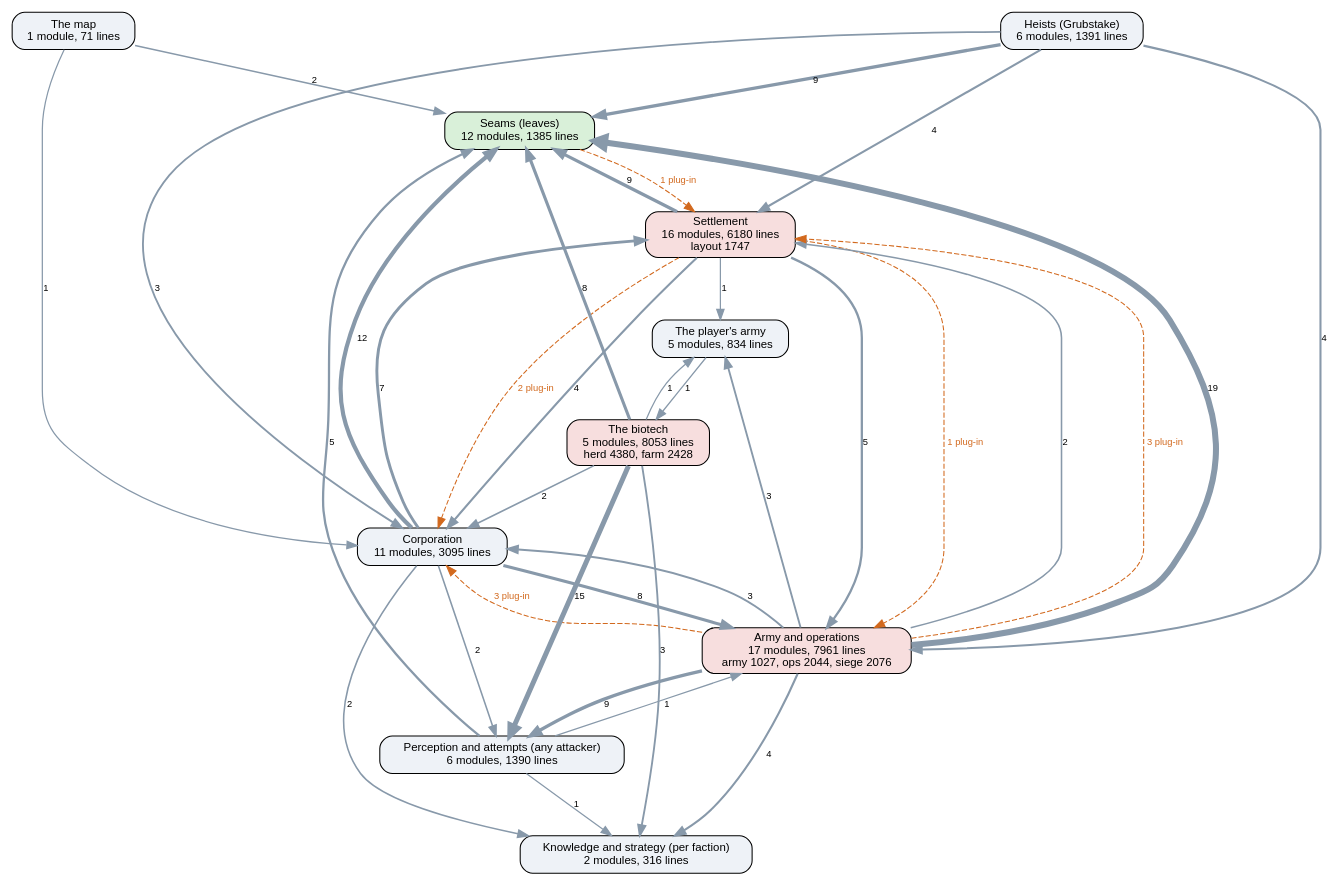
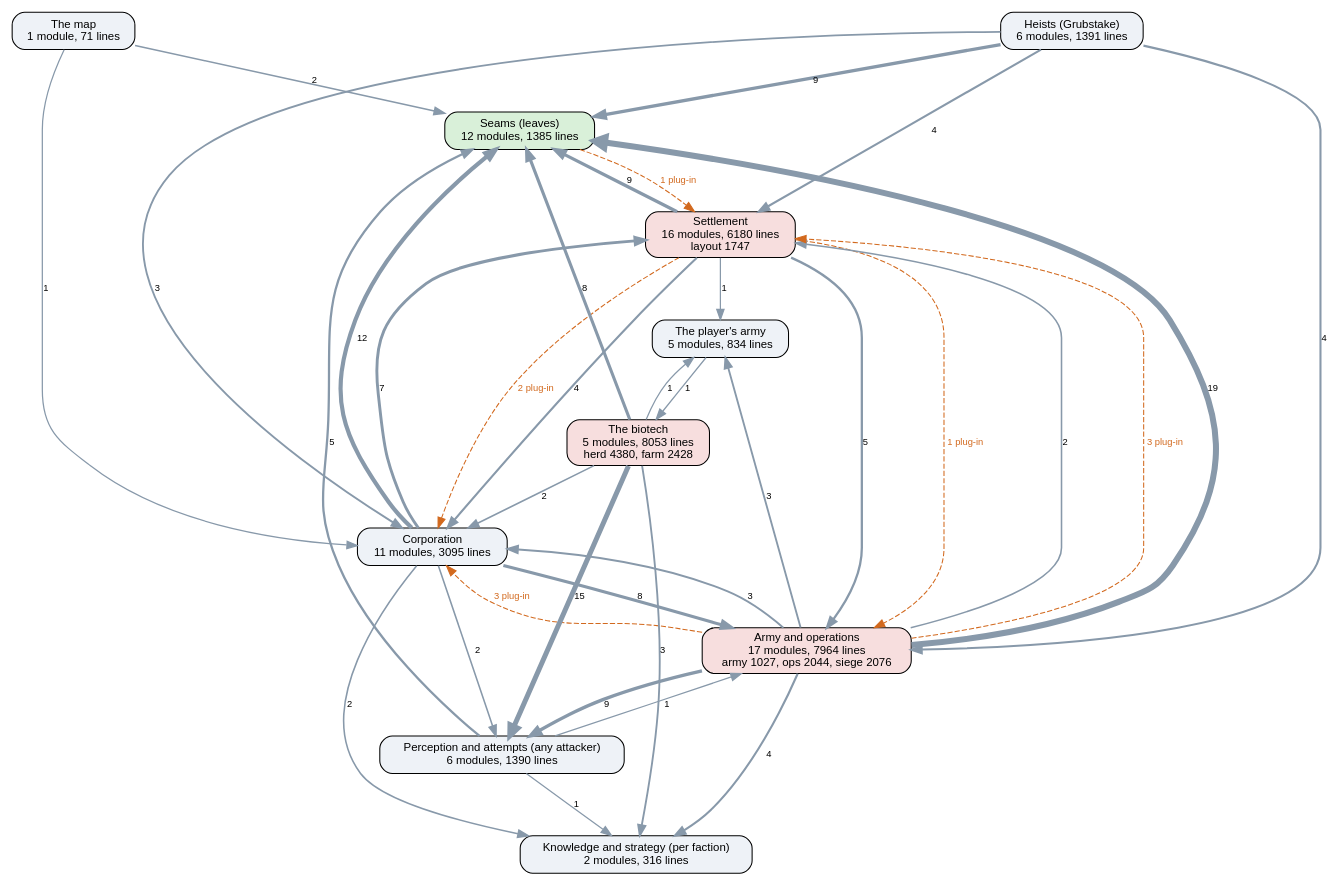
Before and after one commit to kinelhu/landing-party: the diagram in docs/ai-layers.dot, drawn with Graphviz. The commit also changed 12 other files, not shown here.

```diff
--- a/docs/ai-layers.dot
+++ b/docs/ai-layers.dot
@@ -1,50 +1,50 @@
 digraph layers {
   graph [rankdir=TB, fontname="Helvetica", nodesep=0.5, ranksep=0.7];
   node [shape=box, style="rounded,filled", fontname="Helvetica", fontsize=11, fillcolor="#eef2f7"];
   edge [color="#8899aa", fontname="Helvetica", fontsize=9];
   "Seams (leaves)" [label="Seams (leaves)\n12 modules, 1385 lines", fillcolor="#d9f0d9"];
   "Perception and attempts (any attacker)" [label="Perception and attempts (any attacker)\n6 modules, 1390 lines", fillcolor="#eef2f7"];
   "Knowledge and strategy (per faction)" [label="Knowledge and strategy (per faction)\n2 modules, 316 lines", fillcolor="#eef2f7"];
   "Corporation" [label="Corporation\n11 modules, 3095 lines", fillcolor="#eef2f7"];
   "Settlement" [label="Settlement\n16 modules, 6180 lines\nlayout 1747", fillcolor="#f7dede"];
-  "Army and operations" [label="Army and operations\n17 modules, 7961 lines\narmy 1027, ops 2044, siege 2076", fillcolor="#f7dede"];
+  "Army and operations" [label="Army and operations\n17 modules, 7964 lines\narmy 1027, ops 2044, siege 2076", fillcolor="#f7dede"];
   "Heists (Grubstake)" [label="Heists (Grubstake)\n6 modules, 1391 lines", fillcolor="#eef2f7"];
   "The biotech" [label="The biotech\n5 modules, 8053 lines\nherd 4380, farm 2428", fillcolor="#f7dede"];
   "The map" [label="The map\n1 module, 71 lines", fillcolor="#eef2f7"];
   "The player's army" [label="The player's army\n5 modules, 834 lines", fillcolor="#eef2f7"];
   "Army and operations" -> "Corporation" [label="3", penwidth=1.8];
   "Army and operations" -> "Knowledge and strategy (per faction)" [label="4", penwidth=2.0];
   "Army and operations" -> "Perception and attempts (any attacker)" [label="9", penwidth=3.2];
   "Army and operations" -> "Seams (leaves)" [label="19", penwidth=5.8];
   "Army and operations" -> "Settlement" [label="2", penwidth=1.5];
   "Army and operations" -> "The player's army" [label="3", penwidth=1.8];
   "Corporation" -> "Army and operations" [label="8", penwidth=3.0];
   "Corporation" -> "Knowledge and strategy (per faction)" [label="2", penwidth=1.5];
   "Corporation" -> "Perception and attempts (any attacker)" [label="2", penwidth=1.5];
   "Corporation" -> "Seams (leaves)" [label="12", penwidth=4.0];
   "Corporation" -> "Settlement" [label="7", penwidth=2.8];
   "Heists (Grubstake)" -> "Army and operations" [label="4", penwidth=2.0];
   "Heists (Grubstake)" -> "Corporation" [label="3", penwidth=1.8];
   "Heists (Grubstake)" -> "Seams (leaves)" [label="9", penwidth=3.2];
   "Heists (Grubstake)" -> "Settlement" [label="4", penwidth=2.0];
   "Perception and attempts (any attacker)" -> "Army and operations" [label="1", penwidth=1.2];
   "Perception and attempts (any attacker)" -> "Knowledge and strategy (per faction)" [label="1", penwidth=1.2];
   "Perception and attempts (any attacker)" -> "Seams (leaves)" [label="5", penwidth=2.2];
   "Settlement" -> "Army and operations" [label="5", penwidth=2.2];
   "Settlement" -> "Corporation" [label="4", penwidth=2.0];
   "Settlement" -> "Seams (leaves)" [label="9", penwidth=3.2];
   "Settlement" -> "The player's army" [label="1", penwidth=1.2];
   "The biotech" -> "Corporation" [label="2", penwidth=1.5];
   "The biotech" -> "Knowledge and strategy (per faction)" [label="3", penwidth=1.8];
   "The biotech" -> "Perception and attempts (any attacker)" [label="15", penwidth=4.8];
   "The biotech" -> "Seams (leaves)" [label="8", penwidth=3.0];
   "The biotech" -> "The player's army" [label="1", penwidth=1.2];
   "The map" -> "Corporation" [label="1", penwidth=1.2];
   "The map" -> "Seams (leaves)" [label="2", penwidth=1.5];
   "The player's army" -> "The biotech" [label="1", penwidth=1.2];
   "Army and operations" -> "Corporation" [style=dashed, color="#d2691e", fontcolor="#d2691e", label="3 plug-in"];
   "Army and operations" -> "Settlement" [style=dashed, color="#d2691e", fontcolor="#d2691e", label="3 plug-in"];
   "Seams (leaves)" -> "Settlement" [style=dashed, color="#d2691e", fontcolor="#d2691e", label="1 plug-in"];
   "Settlement" -> "Army and operations" [style=dashed, color="#d2691e", fontcolor="#d2691e", label="1 plug-in"];
   "Settlement" -> "Corporation" [style=dashed, color="#d2691e", fontcolor="#d2691e", label="2 plug-in"];
 }
```
